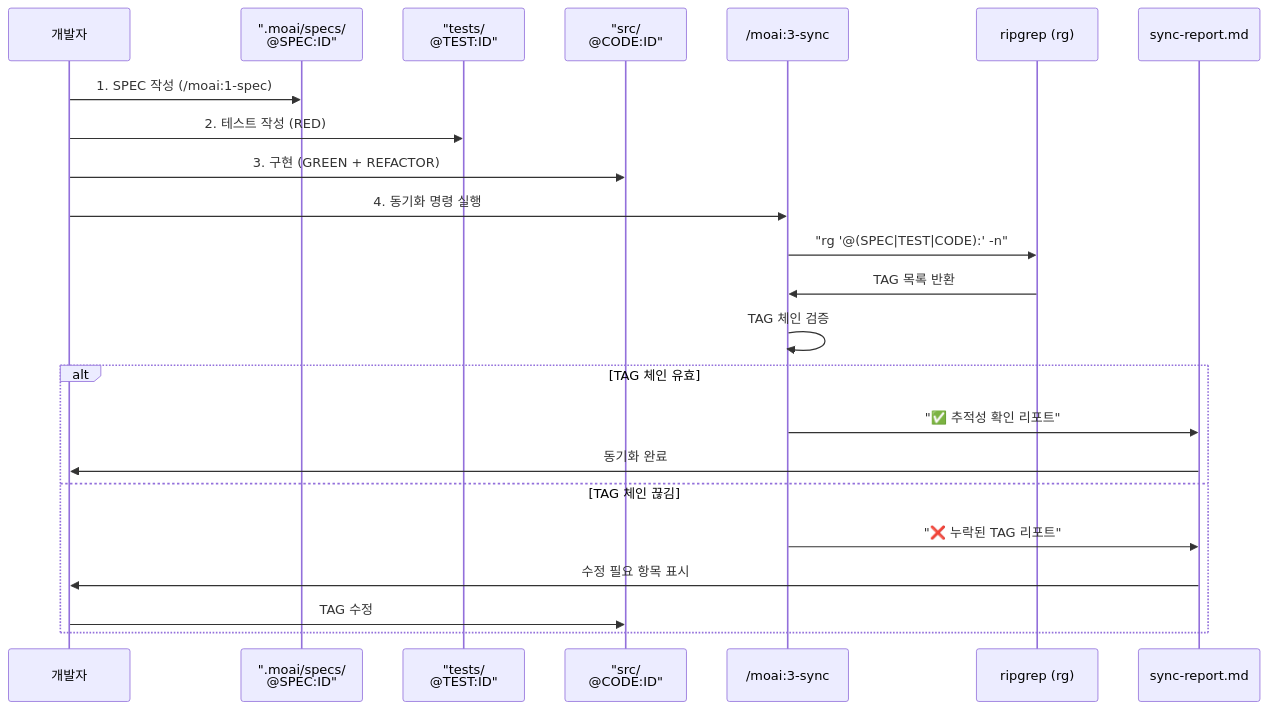
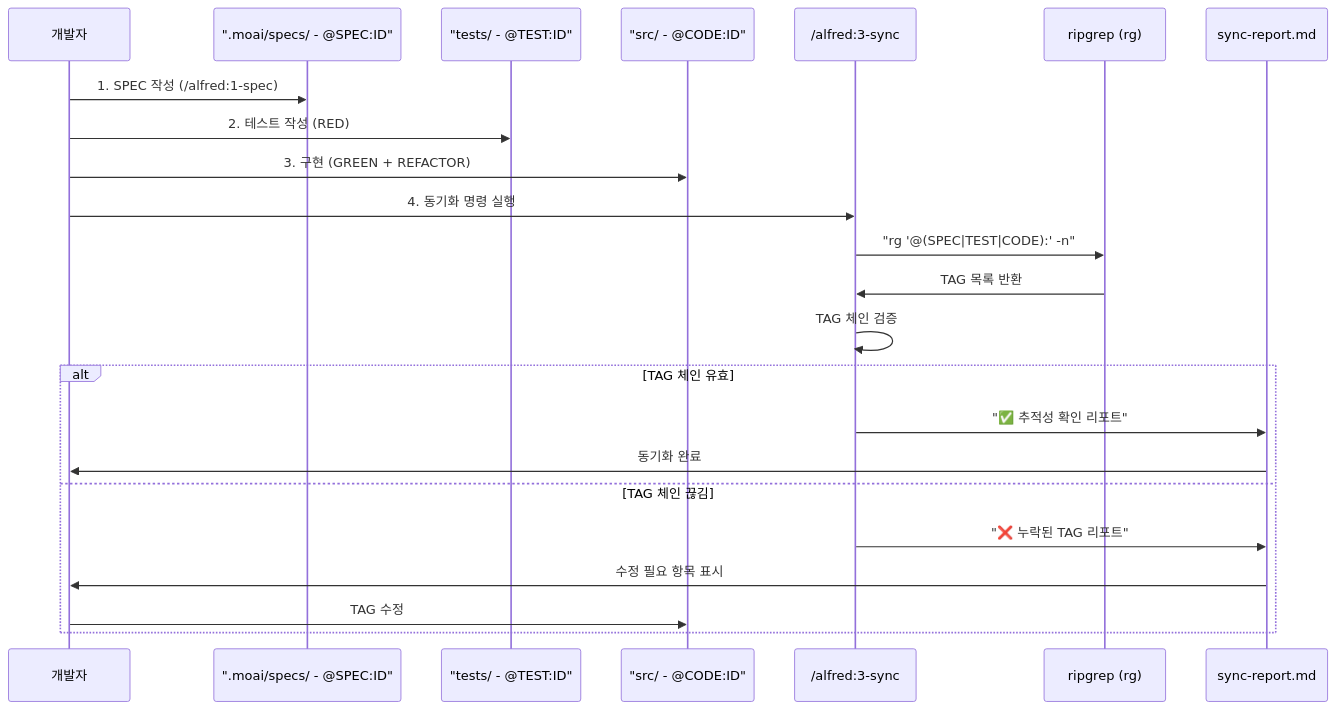
One commit to modu-ai/moai-adk changed the third of 4 diagrams in docs/guide/tag-system.md. Above: the diagram before and after it, drawn with Mermaid. The commit also changed other lines of this file and 447 other files, not shown here.

````diff
--- a/docs/guide/tag-system.md
+++ b/docs/guide/tag-system.md
@@ -475,26 +475,26 @@
 ```mermaid
 sequenceDiagram
     participant D as 개발자
-    participant SPEC as ".moai/specs/<br/>@SPEC:ID"
-    participant TEST as "tests/<br/>@TEST:ID"
-    participant CODE as "src/<br/>@CODE:ID"
-    participant S as /moai:3-sync
+    participant SPEC as ".moai/specs/ - @SPEC:ID"
+    participant TEST as "tests/ - @TEST:ID"
+    participant CODE as "src/ - @CODE:ID"
+    participant S as /alfred:3-sync
     participant RG as ripgrep (rg)
     participant R as sync-report.md
 
-    D->>SPEC: 1. SPEC 작성 (/moai:1-spec)
+    D->>SPEC: 1. SPEC 작성 (/alfred:1-spec)
     D->>TEST: 2. 테스트 작성 (RED)
     D->>CODE: 3. 구현 (GREEN + REFACTOR)
     D->>S: 4. 동기화 명령 실행
     S->>RG: "rg '@(SPEC|TEST|CODE):' -n"
     RG->>S: TAG 목록 반환
     S->>S: TAG 체인 검증
     alt TAG 체인 유효
         S->>R: "✅ 추적성 확인 리포트"
         R->>D: 동기화 완료
     else TAG 체인 끊김
         S->>R: "❌ 누락된 TAG 리포트"
         R->>D: 수정 필요 항목 표시
         D->>CODE: TAG 수정
     end
 ```
````
